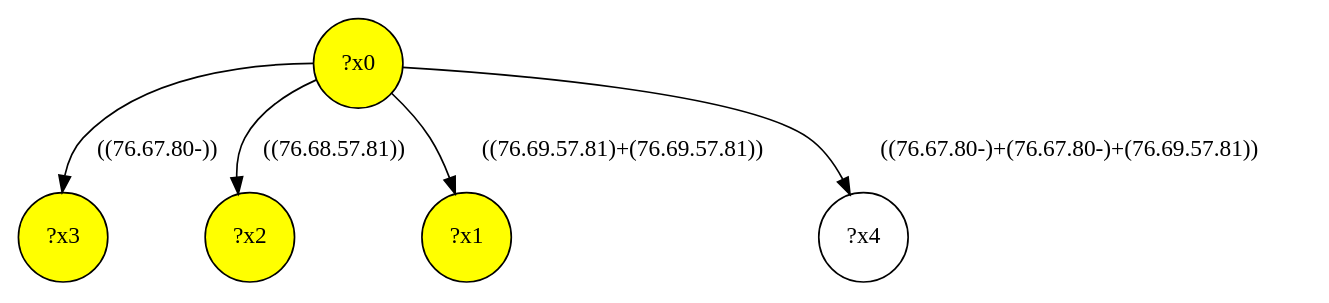
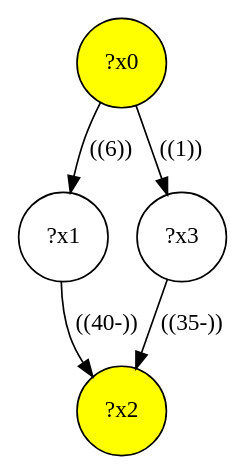
One commit to MathieuGicquel/federated-benchmark changed the diagram in lib/gmark/demo/shop/shop-interface/query-14.dot. Above: the diagram before and after it, drawn with Graphviz. The commit also changed 361 other files, not shown here.

```diff
--- a/lib/gmark/demo/shop/shop-interface/query-14.dot
+++ b/lib/gmark/demo/shop/shop-interface/query-14.dot
@@ -1,11 +1,10 @@
 digraph g {
 	x0 [fillcolor="yellow", style="filled," shape=circle, label="?x0"];
-	x3 [fillcolor="yellow", style="filled," shape=circle, label="?x3"];
 	x2 [fillcolor="yellow", style="filled," shape=circle, label="?x2"];
-	x1 [fillcolor="yellow", style="filled," shape=circle, label="?x1"];
-	x0 -> x1 [label="((76.69.57.81)+(76.69.57.81))"];
-	x0 -> x2 [label="((76.68.57.81))"];
-	x0 -> x3 [label="((76.67.80-))"];
-	x4 [shape=circle, label="?x4"];
-	x0 -> x4 [label="((76.67.80-)+(76.67.80-)+(76.69.57.81))"];
+	x1 [shape=circle, label="?x1"];
+	x0 -> x1 [label="((6))"];
+	x1 -> x2 [label="((40-))"];
+	x3 [shape=circle, label="?x3"];
+	x0 -> x3 [label="((1))"];
+	x3 -> x2 [label="((35-))"];
 }
```
